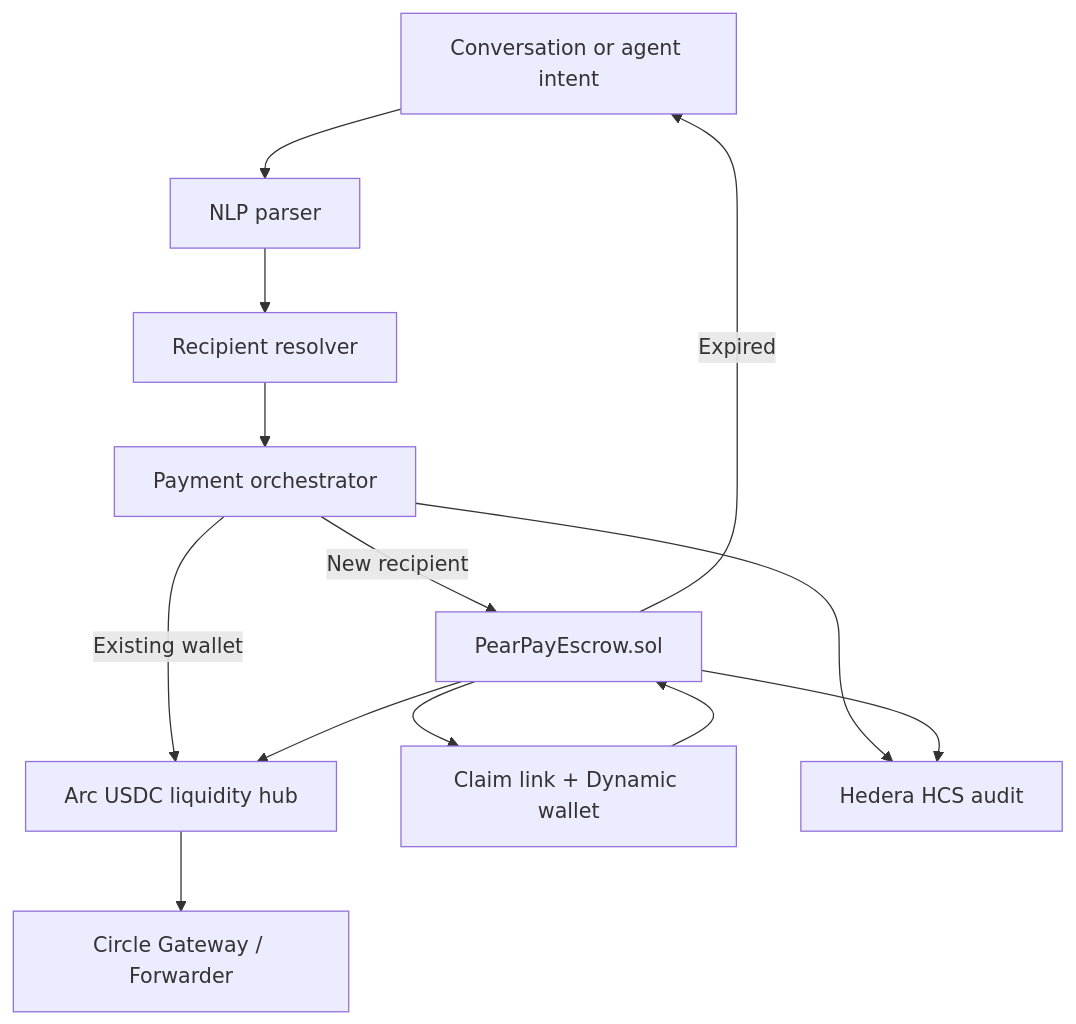
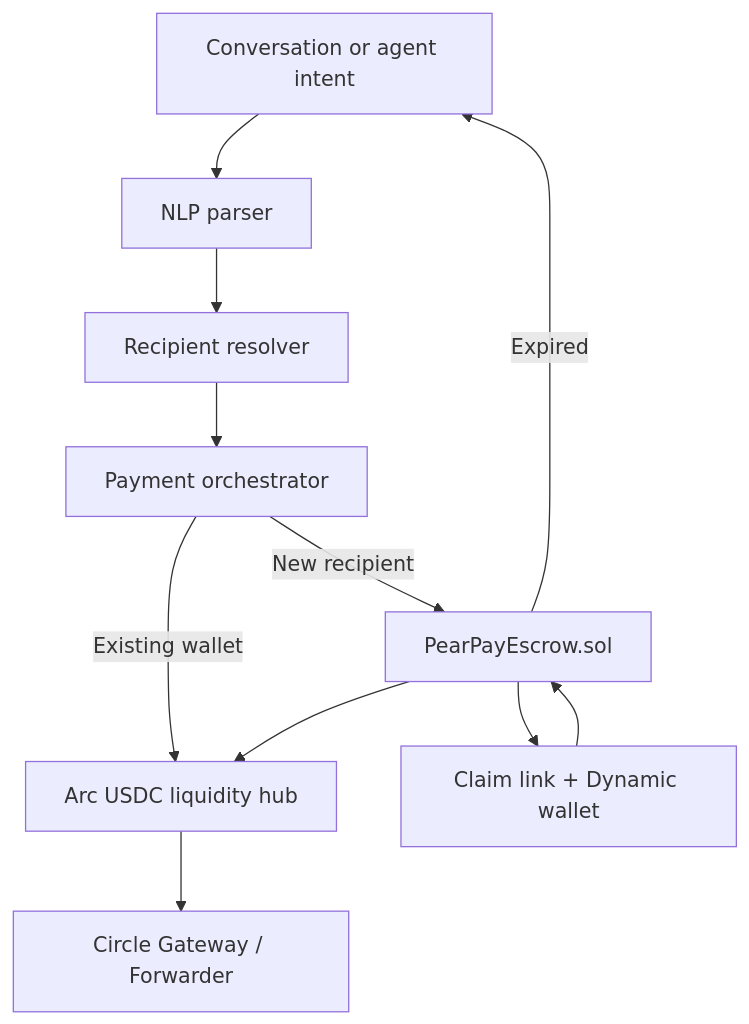
Before and after one commit to mollybeach/pearpay: the diagram in README.md, drawn with Mermaid. The commit also changed other lines of this file and 36 other files, not shown here.

````diff
--- a/README.md
+++ b/README.md
@@ -504,20 +469,17 @@
 ```mermaid
 flowchart TD
   Message[Conversation or agent intent]
   Parser[NLP parser]
   Resolver[Recipient resolver]
   Orchestrator[Payment orchestrator]
   ArcHub[Arc USDC liquidity hub]
   Escrow[PearPayEscrow.sol]
   Circle[Circle Gateway / Forwarder]
   Claim[Claim link + Dynamic wallet]
-  HCS[Hedera HCS audit]
 
   Message --> Parser --> Resolver --> Orchestrator
   Orchestrator -->|Existing wallet| ArcHub --> Circle
   Orchestrator -->|New recipient| Escrow --> Claim
   Claim --> Escrow --> ArcHub
   Escrow -->|Expired| Message
-  Orchestrator --> HCS
-  Escrow --> HCS
 ```
````
